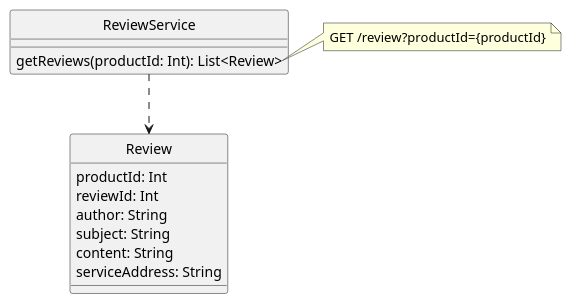
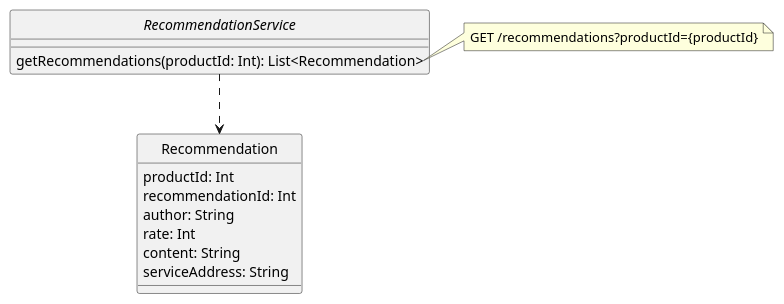
One commit to teddyprogramming/teddyprogramming.github.io changed the fifth of 8 diagrams in docs/kata/Microservices with Spring Boot 3 and Spring Cloud - Third Edition/3 Creating a Set of Cooperating Microservices.md. Above: the diagram before and after it, drawn with PlantUML. The commit also changed other lines of this file, not shown here.

````diff
--- a/docs/kata/Microservices with Spring Boot 3 and Spring Cloud - Third Edition/3 Creating a Set of Cooperating Microservices.md
+++ b/docs/kata/Microservices with Spring Boot 3 and Spring Cloud - Third Edition/3 Creating a Set of Cooperating Microservices.md
@@ -324,22 +274,21 @@
 ```plantuml
 hide circle
 
-class ReviewService {
-    getReviews(productId: Int): List<Review>
+interface RecommendationService {
+    getRecommendations(productId: Int): List<Recommendation>
 }
-
-note right of ReviewService::getReviews
-GET /review?productId={productId}
+note right of RecommendationService::getRecommendations
+GET /recommendations?productId={productId}
 end note
 
-class Review {
+class Recommendation {
     productId: Int
-    reviewId: Int
+    recommendationId: Int
     author: String
-    subject: String
+    rate: Int
     content: String
     serviceAddress: String
 }
 
-ReviewService ..> Review
+RecommendationService ..> Recommendation
 ```
````
